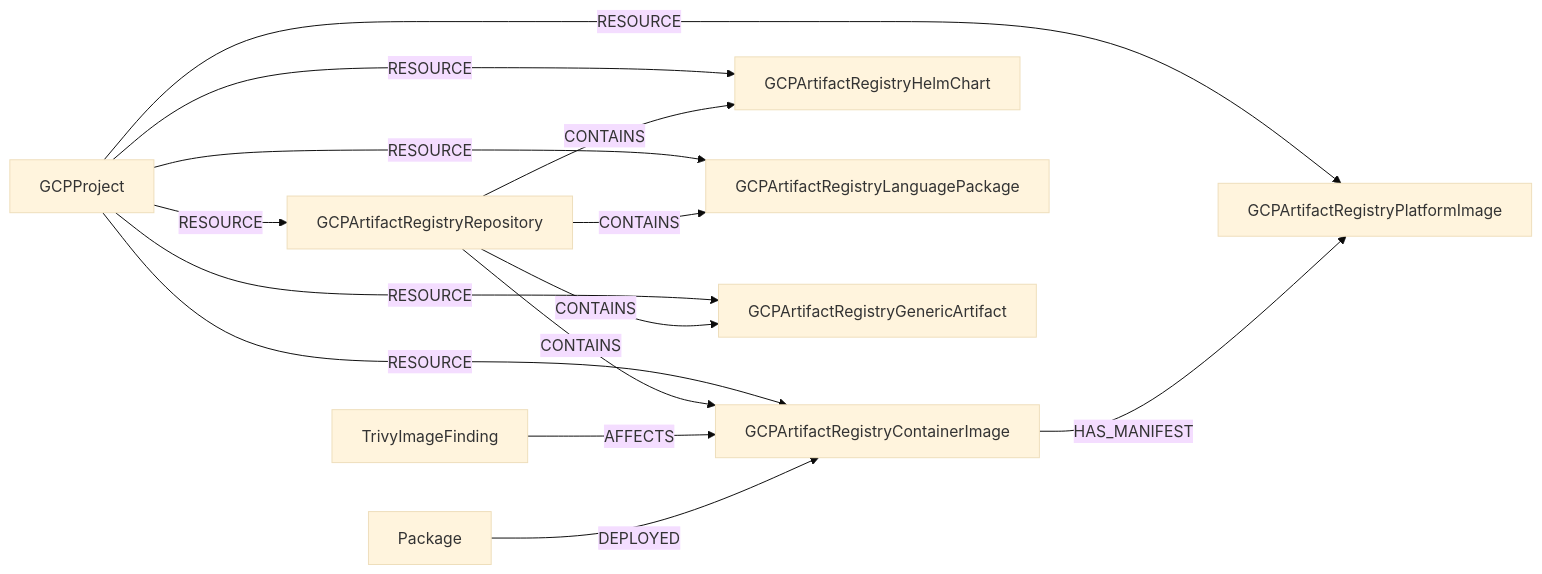
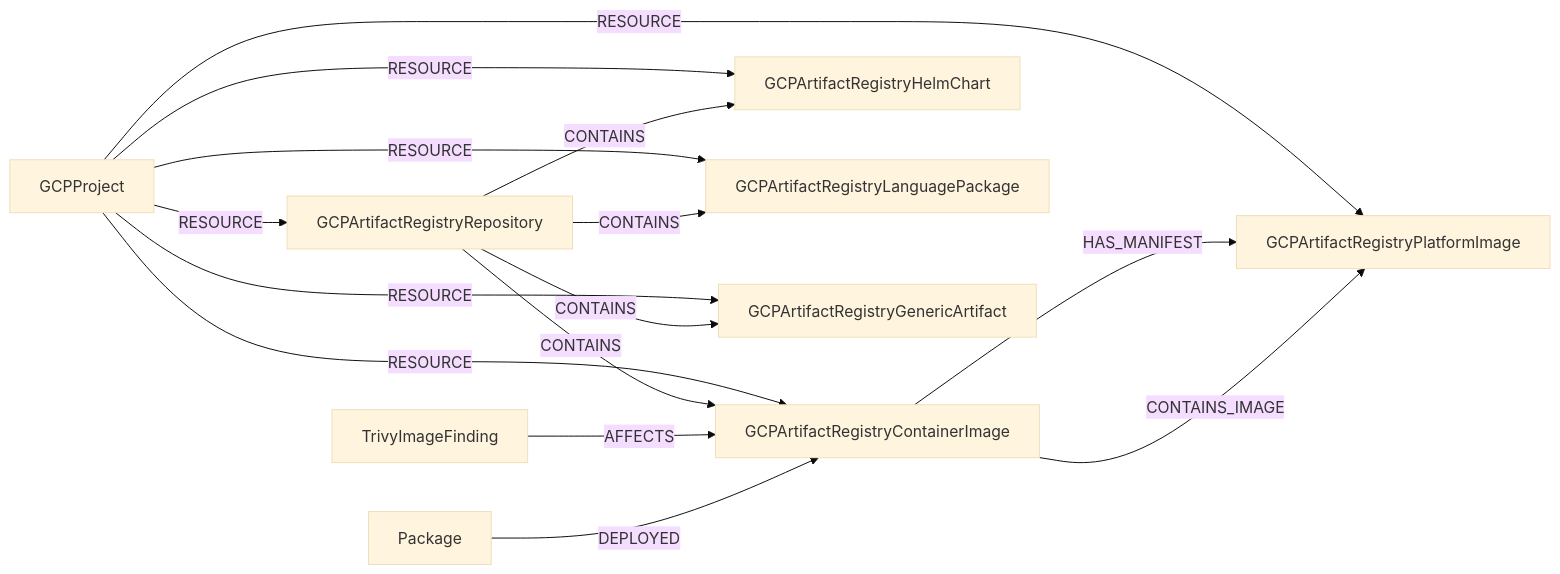
The first of 2 diagrams in docs/root/modules/gcp/schema.md (sec-js/cartography), drawn with Mermaid (base theme) before and after one commit. The commit also changed other lines of this file and 3 other files, not shown here.

````diff
--- a/docs/root/modules/gcp/schema.md
+++ b/docs/root/modules/gcp/schema.md
@@ -1502,26 +1502,27 @@
 ```mermaid
 graph LR
     Project[GCPProject]
     Repository[GCPArtifactRegistryRepository]
     ContainerImage[GCPArtifactRegistryContainerImage]
     HelmChart[GCPArtifactRegistryHelmChart]
     LanguagePackage[GCPArtifactRegistryLanguagePackage]
     GenericArtifact[GCPArtifactRegistryGenericArtifact]
     PlatformImage[GCPArtifactRegistryPlatformImage]
     TrivyFinding[TrivyImageFinding]
     Package[Package]
 
     Project -->|RESOURCE| Repository
     Project -->|RESOURCE| ContainerImage
     Project -->|RESOURCE| HelmChart
     Project -->|RESOURCE| LanguagePackage
     Project -->|RESOURCE| GenericArtifact
     Project -->|RESOURCE| PlatformImage
     Repository -->|CONTAINS| ContainerImage
     Repository -->|CONTAINS| HelmChart
     Repository -->|CONTAINS| LanguagePackage
     Repository -->|CONTAINS| GenericArtifact
     ContainerImage -->|HAS_MANIFEST| PlatformImage
+    ContainerImage -->|CONTAINS_IMAGE| PlatformImage
     TrivyFinding -->|AFFECTS| ContainerImage
     Package -->|DEPLOYED| ContainerImage
 ```
````
